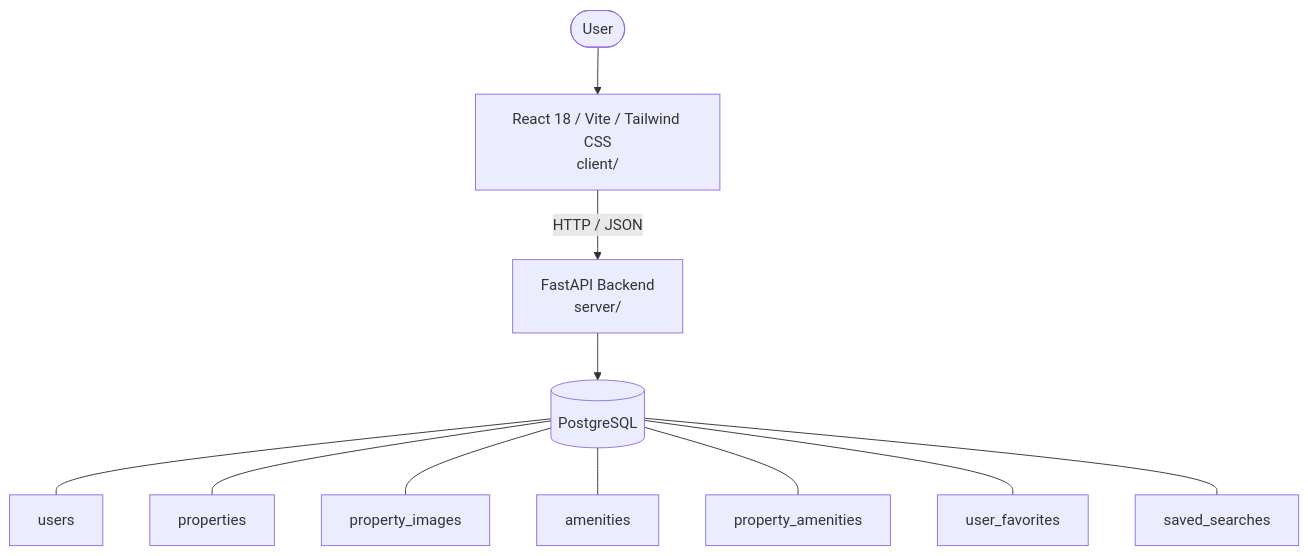
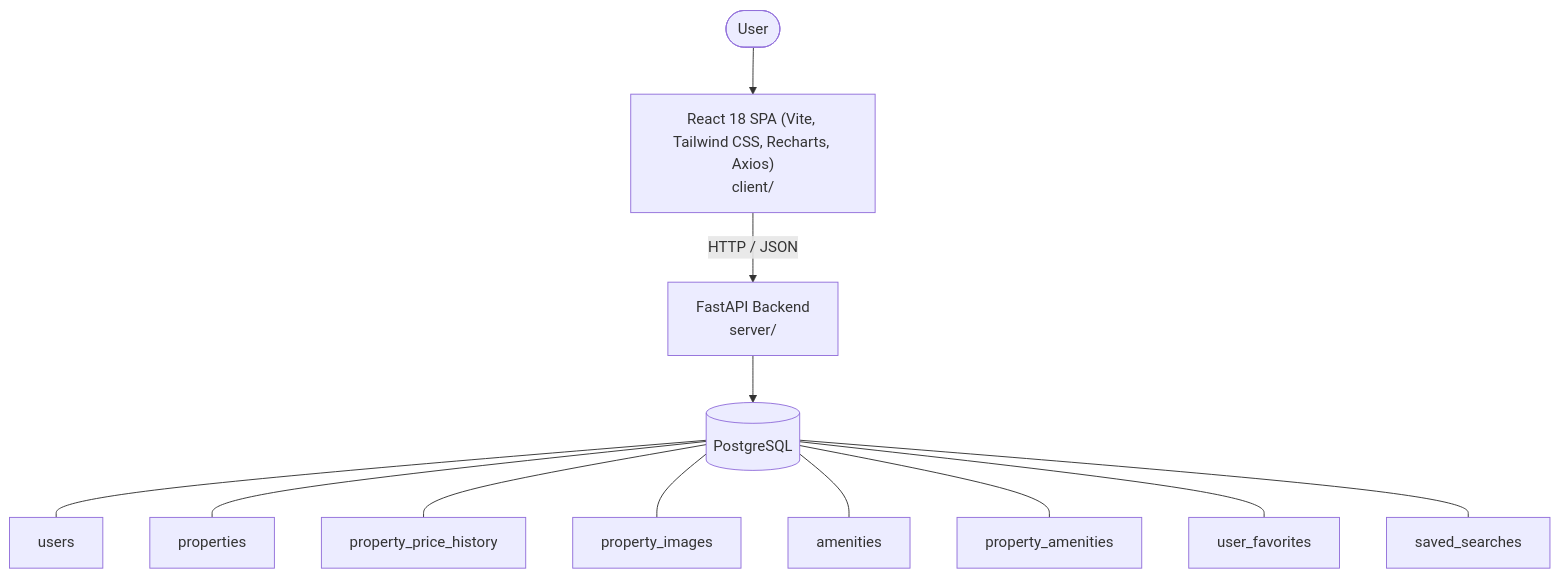
The diagram in architecture.md (p67428378-afk/SCRUM), drawn with Mermaid before and after one commit. The commit also changed other lines of this file and 44 other files, not shown here.

Commit message:
feat(SCRUM-208): implement CMA analytics endpoint and price history tracking

````diff
--- a/architecture.md
+++ b/architecture.md
@@ -6,17 +6,18 @@
 ```mermaid
 graph TD
   User([User])
-  UI["React 18 / Vite / Tailwind CSS<br/>client/"]
+  UI["React 18 SPA (Vite, Tailwind CSS, Recharts, Axios)<br/>client/"]
   API["FastAPI Backend<br/>server/"]
   DB[("PostgreSQL")]
   User --> UI
   UI -->|HTTP / JSON| API
   API --> DB
   DB --- tbl_users["users"]
   DB --- tbl_properties["properties"]
+  DB --- tbl_property_price_history["property_price_history"]
   DB --- tbl_property_images["property_images"]
   DB --- tbl_amenities["amenities"]
   DB --- tbl_property_amenities["property_amenities"]
   DB --- tbl_user_favorites["user_favorites"]
   DB --- tbl_saved_searches["saved_searches"]
 ```
````
